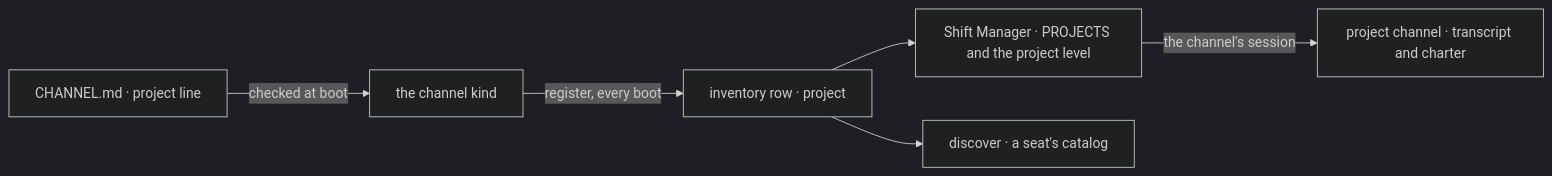
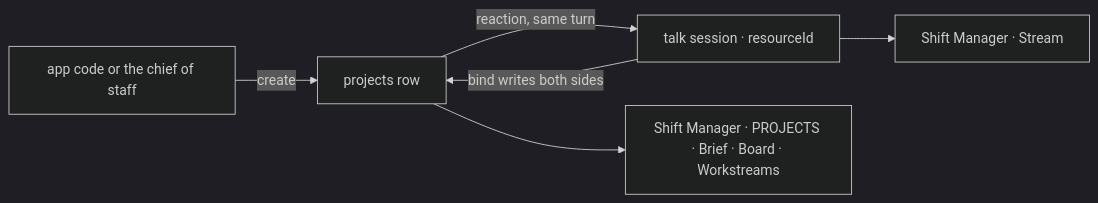
The second of 2 diagrams in specs/issues/FIX-1718/SPEC.md (fixpoint-labs/flow-state-dev), drawn with Mermaid (dark theme) before and after one commit. The commit also changed other lines of this file and 9 other files, not shown here.

First line of the commit message:
spec(FIX-1718): rewrite onto FIX-1728's project resource model

````diff
--- a/specs/issues/FIX-1718/SPEC.md
+++ b/specs/issues/FIX-1718/SPEC.md
@@ -87,8 +89,8 @@
 ```mermaid
 flowchart LR
-  F["CHANNEL.md · project line"] -->|"checked at boot"| K["the channel kind"]
-  K -->|"register, every boot"| R["inventory row · project"]
-  R --> S["Shift Manager · PROJECTS and the project level"]
-  R --> D["discover · a seat's catalog"]
-  S -->|"the channel's session"| X["project channel · transcript and charter"]
+  A["app code or the chief of staff"] -->|"create"| R["projects row"]
+  R -->|"reaction, same turn"| M["talk session · resourceId"]
+  M -->|"bind writes both sides"| R
+  R --> S["Shift Manager · PROJECTS · Brief · Board · Workstreams"]
+  M --> X["Shift Manager · Stream"]
 ```
````
